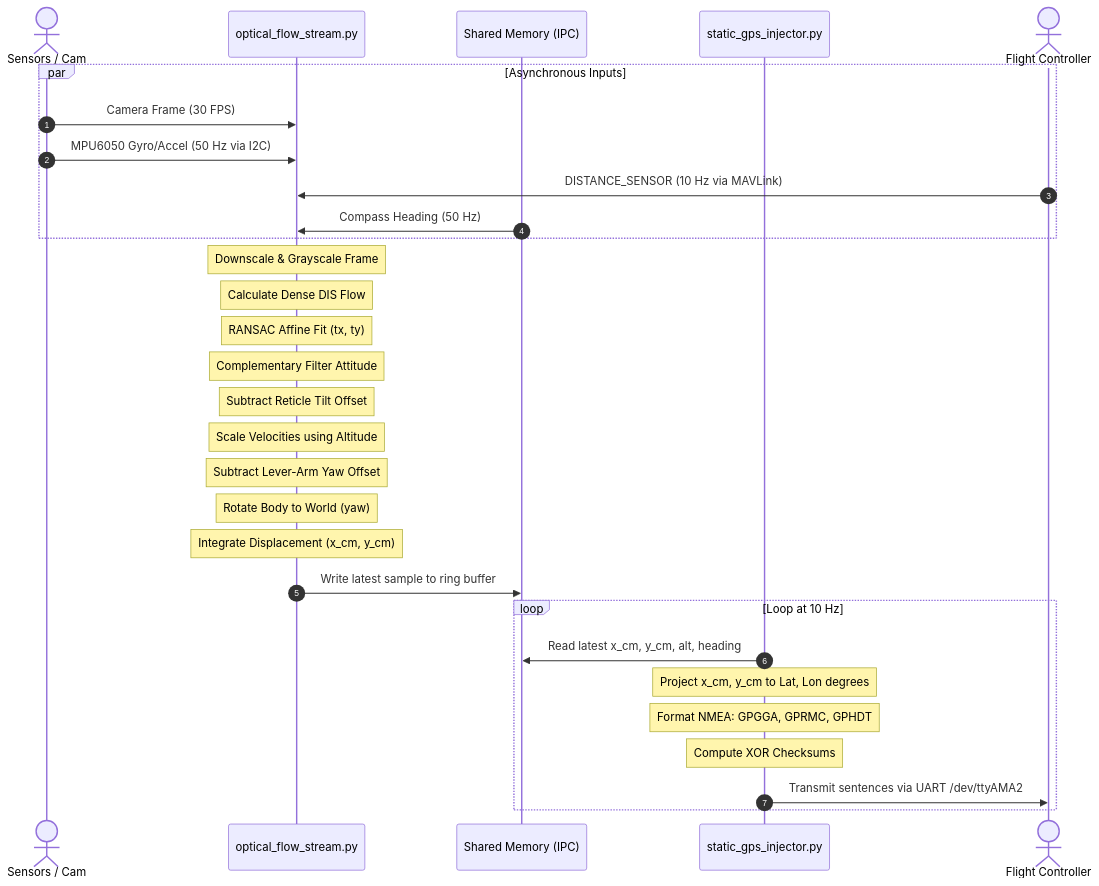
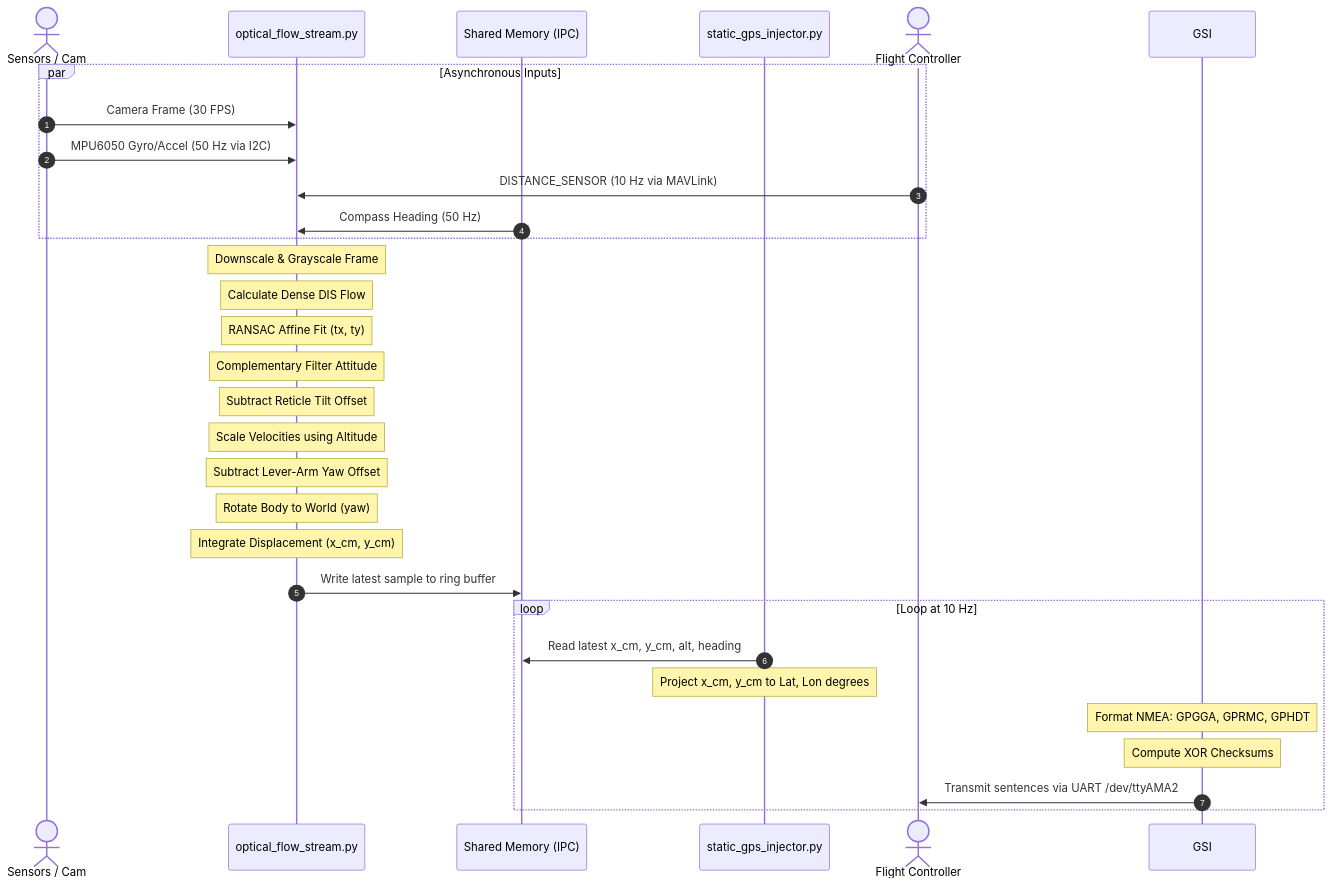
One commit to snackmasta/OpticalFlowDrone changed the diagram in docs/detailed_flow_process.md. Above: the diagram before and after it, drawn with Mermaid. The commit also changed other lines of this file, not shown here.

Commit message:
docs: add detailed processing flow documentation for the optical flow and GPS injection pipeline

````diff
--- a/docs/detailed_flow_process.md
+++ b/docs/detailed_flow_process.md
@@ -5,40 +5,40 @@
 ```mermaid
 sequenceDiagram
     autonumber
     actor Hardware as Sensors / Cam
     participant OFS as optical_flow_stream.py
     participant SHM as Shared Memory (IPC)
     participant SGI as static_gps_injector.py
     actor FC as Flight Controller
 
     %% Step 1: Threaded Data Ingestion
     par Asynchronous Inputs
         Hardware->>OFS: Camera Frame (30 FPS)
         Hardware->>OFS: MPU6050 Gyro/Accel (50 Hz via I2C)
         FC->>OFS: DISTANCE_SENSOR (10 Hz via MAVLink)
         SHM->>OFS: Compass Heading (50 Hz)
     end
 
     %% Step 2: Processing inside optical_flow_stream
     Note over OFS: Downscale & Grayscale Frame
     Note over OFS: Calculate Dense DIS Flow
     Note over OFS: RANSAC Affine Fit (tx, ty)
     Note over OFS: Complementary Filter Attitude
     Note over OFS: Subtract Reticle Tilt Offset
     Note over OFS: Scale Velocities using Altitude
     Note over OFS: Subtract Lever-Arm Yaw Offset
     Note over OFS: Rotate Body to World (yaw)
     Note over OFS: Integrate Displacement (x_cm, y_cm)
 
     %% Step 3: Shared Memory Write
     OFS->>SHM: Write latest sample to ring buffer
 
     %% Step 4: GPS Injection Loop
     loop Loop at 10 Hz
         SGI->>SHM: Read latest x_cm, y_cm, alt, heading
         Note over SGI: Project x_cm, y_cm to Lat, Lon degrees
-        Note over SGI: Format NMEA: GPGGA, GPRMC, GPHDT
-        Note over SGI: Compute XOR Checksums
-        SGI->>FC: Transmit sentences via UART /dev/ttyAMA2
+        Note over GSI: Format NMEA: GPGGA, GPRMC, GPHDT
+        Note over GSI: Compute XOR Checksums
+        GSI->>FC: Transmit sentences via UART /dev/ttyAMA2
     end
 ```
````
